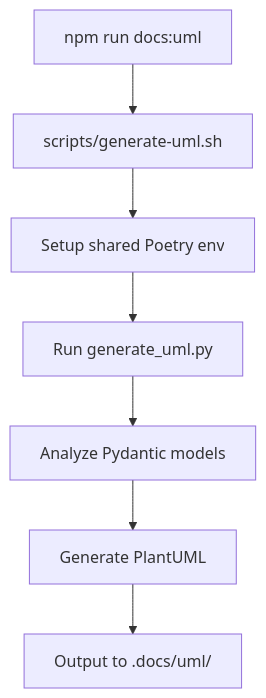
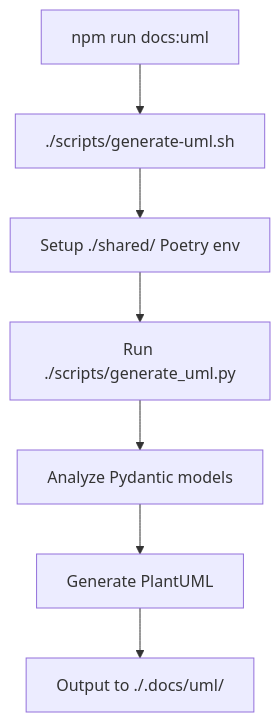
One commit to LukasStrickler/RAG-with-LLMs-TREC-2025-Information-Retrieval changed the diagram in .docs/uml/README.md. Above: the diagram before and after it, drawn with Mermaid. The commit also changed other lines of this file and 5 other files, not shown here.

````diff
--- a/.docs/uml/README.md
+++ b/.docs/uml/README.md
@@ -30,9 +30,9 @@
 ```mermaid
 flowchart TD
-    A[npm run docs:uml] --> B[scripts/generate-uml.sh]
-    B --> C[Setup shared Poetry env]
-    C --> D[Run generate_uml.py]
+    A[npm run docs:uml] --> B[./scripts/generate-uml.sh]
+    B --> C[Setup ./shared/ Poetry env]
+    C --> D[Run ./scripts/generate_uml.py]
     D --> E[Analyze Pydantic models]
     E --> F[Generate PlantUML]
-    F --> G[Output to .docs/uml/]
+    F --> G[Output to ./.docs/uml/]
 ```
````
